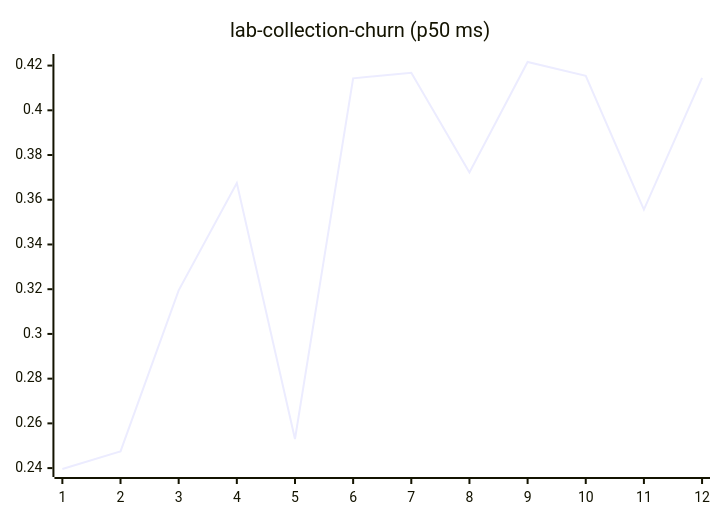
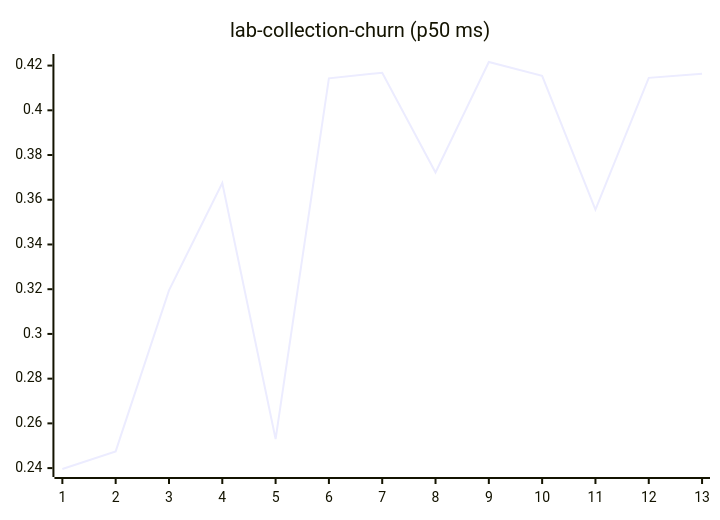
One commit to josha/Facet changed diagram 11 of 27 in README.md. Above: the diagram before and after it, drawn with Mermaid. The commit also changed other lines of this file and 2 other files, not shown here.

````diff
--- a/README.md
+++ b/README.md
@@ -133,6 +133,6 @@
 ```mermaid
 xychart-beta
     title "lab-collection-churn (p50 ms)"
-    x-axis 1 --> 12
-    line [0.2396, 0.2475, 0.3195, 0.3675, 0.2530, 0.4143, 0.4168, 0.3722, 0.4216, 0.4154, 0.3556, 0.4145]
+    x-axis 1 --> 13
+    line [0.2396, 0.2475, 0.3195, 0.3675, 0.2530, 0.4143, 0.4168, 0.3722, 0.4216, 0.4154, 0.3556, 0.4145, 0.4164]
 ```
````
